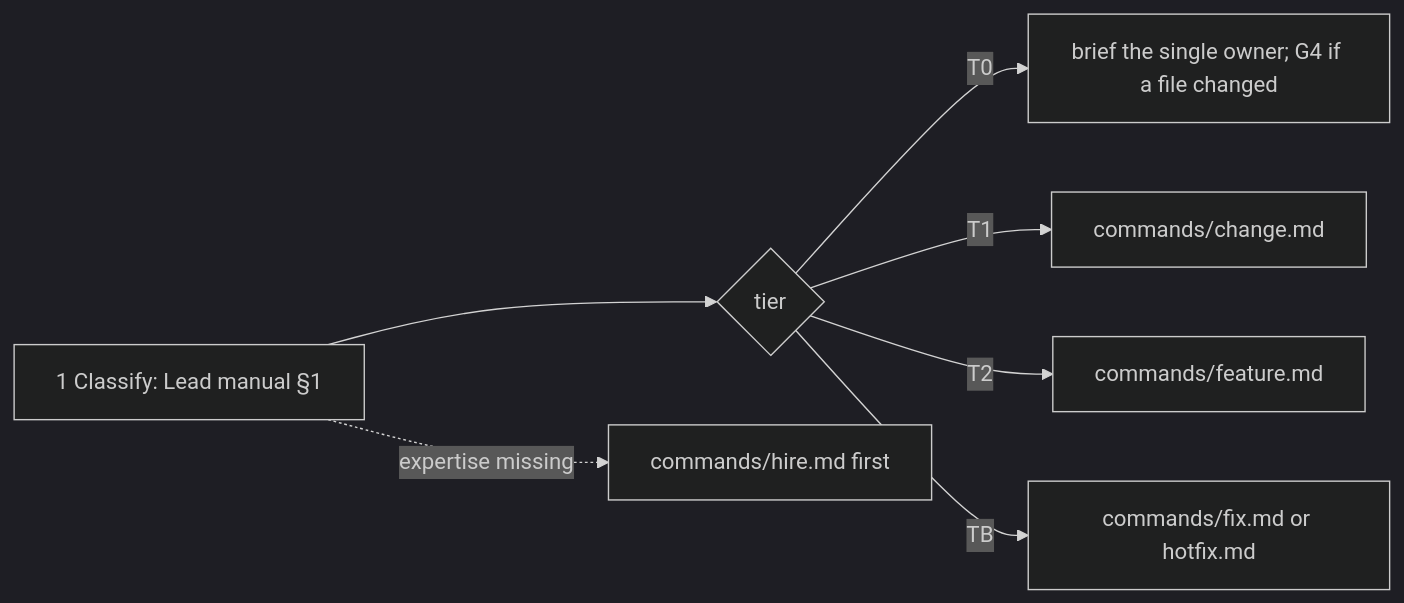
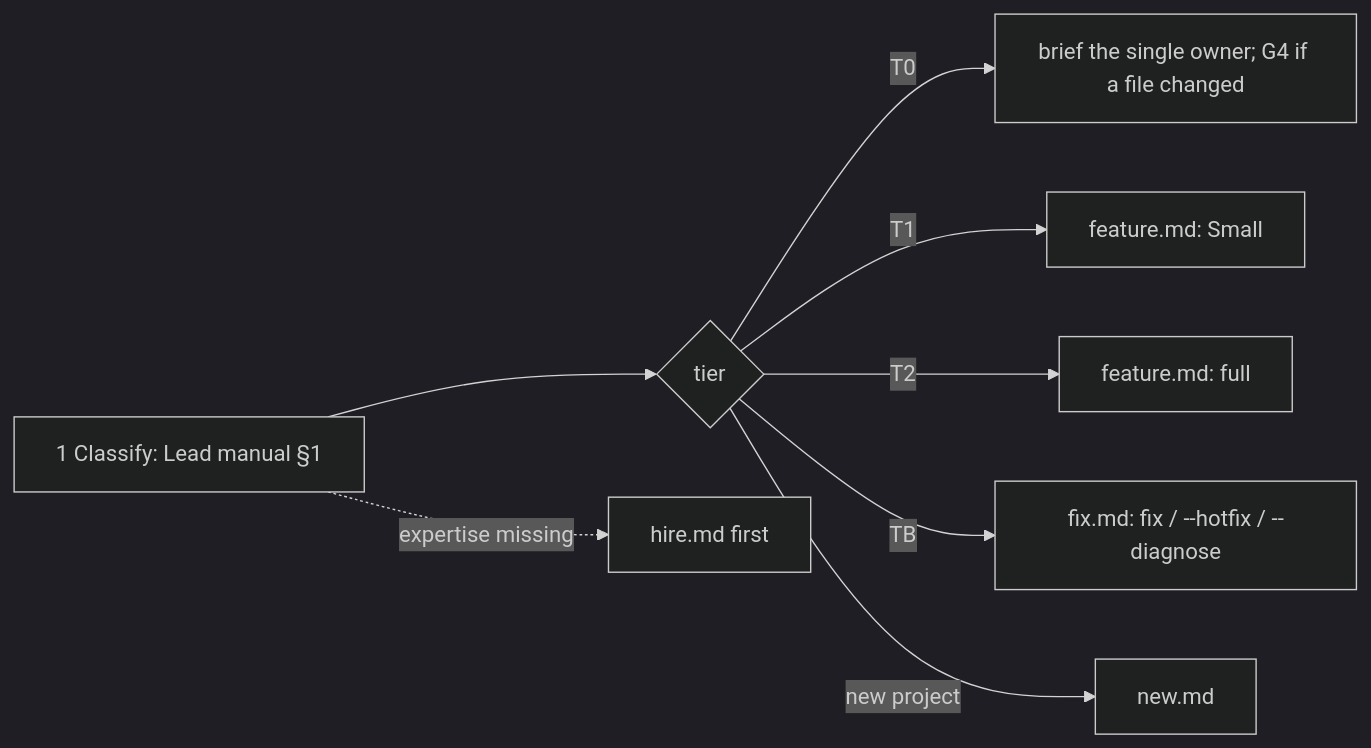
Before and after one commit to Tuan-Quyen/technical-teams: the diagram in commands/run.md, drawn with Mermaid (dark theme). The commit also changed other lines of this file and 23 other files, not shown here.

````diff
--- a/commands/run.md
+++ b/commands/run.md
@@ -35,9 +35,10 @@
 ```mermaid
 flowchart LR
   A[1 Classify: Lead manual §1] --> B{tier}
   B -- T0 --> C[brief the single owner; G4 if a file changed]
-  B -- T1 --> D[commands/change.md]
-  B -- T2 --> E[commands/feature.md]
-  B -- TB --> F[commands/fix.md or hotfix.md]
-  A -. expertise missing .-> H[commands/hire.md first]
+  B -- T1 --> D[feature.md: Small]
+  B -- T2 --> E[feature.md: full]
+  B -- TB --> F[fix.md: fix / --hotfix / --diagnose]
+  B -- new project --> N[new.md]
+  A -. expertise missing .-> H[hire.md first]
 ```
````
